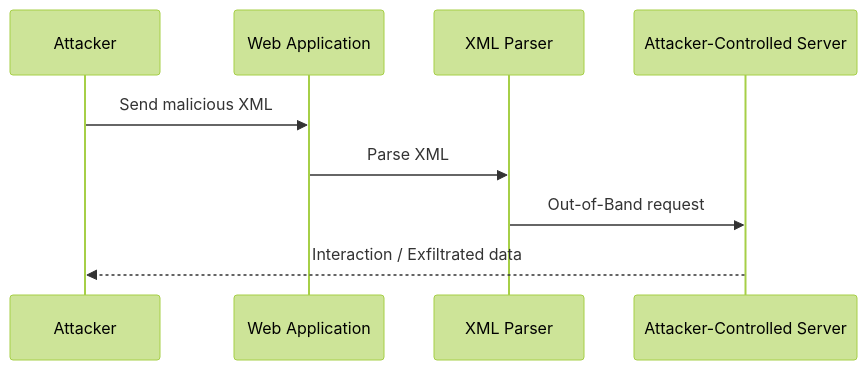
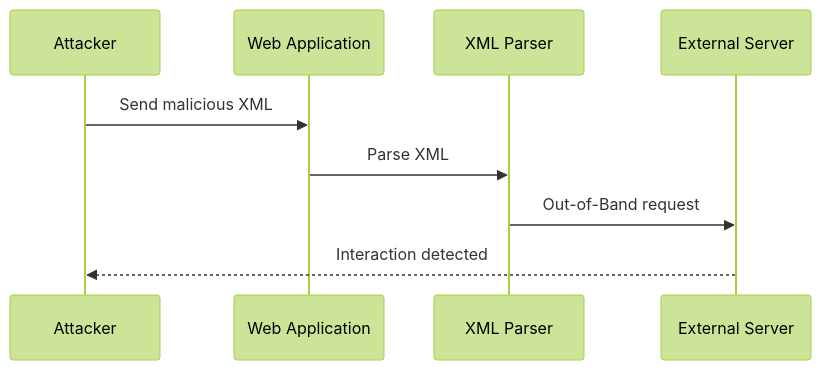
One commit to adolfcna/ATTvDEF changed the sixth of 15 diagrams in content/Initial Access/OWASP/XML/XXE.md. Above: the diagram before and after it, drawn with Mermaid (forest theme). The commit also changed other lines of this file, not shown here.

````diff
--- a/content/Initial Access/OWASP/XML/XXE.md
+++ b/content/Initial Access/OWASP/XML/XXE.md
@@ -251,12 +433,12 @@
 ```mermaid
 sequenceDiagram
     participant A as Attacker
     participant W as Web Application
     participant P as XML Parser
-    participant S as Attacker-Controlled Server
+    participant S as External Server
 
     A->>W: Send malicious XML
     W->>P: Parse XML
     P->>S: Out-of-Band request
-    S-->>A: Interaction / Exfiltrated data
+    S-->>A: Interaction detected
 ```
````
